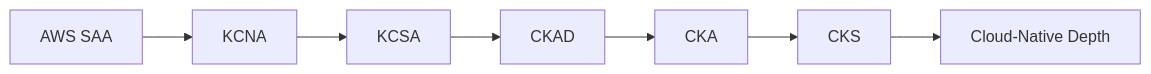
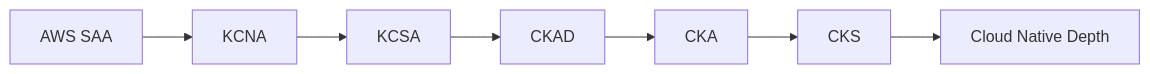
The second of 2 diagrams in README.md (SAYEM-16T/SAYEM-16T), drawn with Mermaid before and after one commit. The commit also changed other lines of this file and 1 other file, not shown here.

````diff
--- a/README.md
+++ b/README.md
@@ -164,9 +235,9 @@
 ```mermaid
 flowchart LR
     A[AWS SAA] --> B[KCNA]
     B --> C[KCSA]
     C --> D[CKAD]
     D --> E[CKA]
     E --> F[CKS]
-    F --> G[Cloud-Native Depth]
+    F --> G[Cloud Native Depth]
 ```
````
